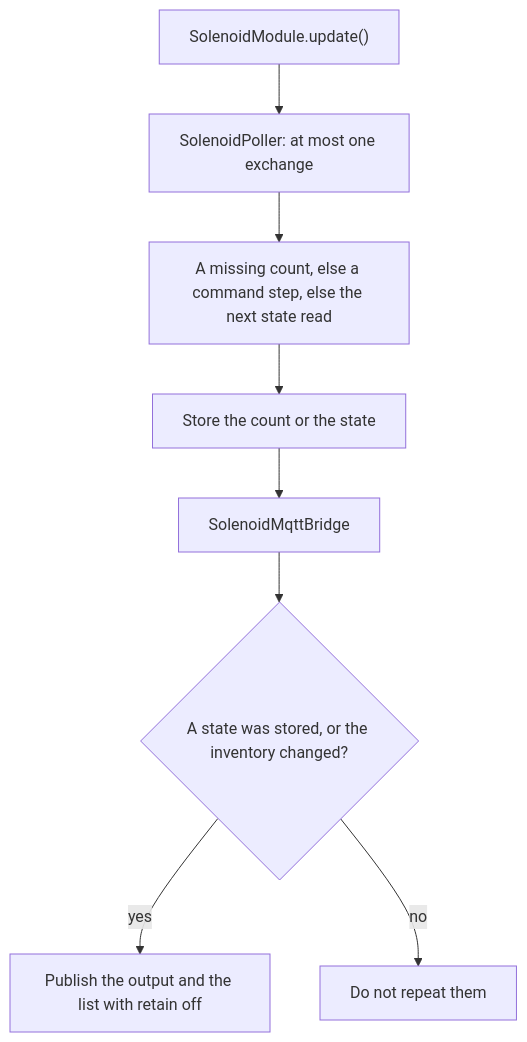
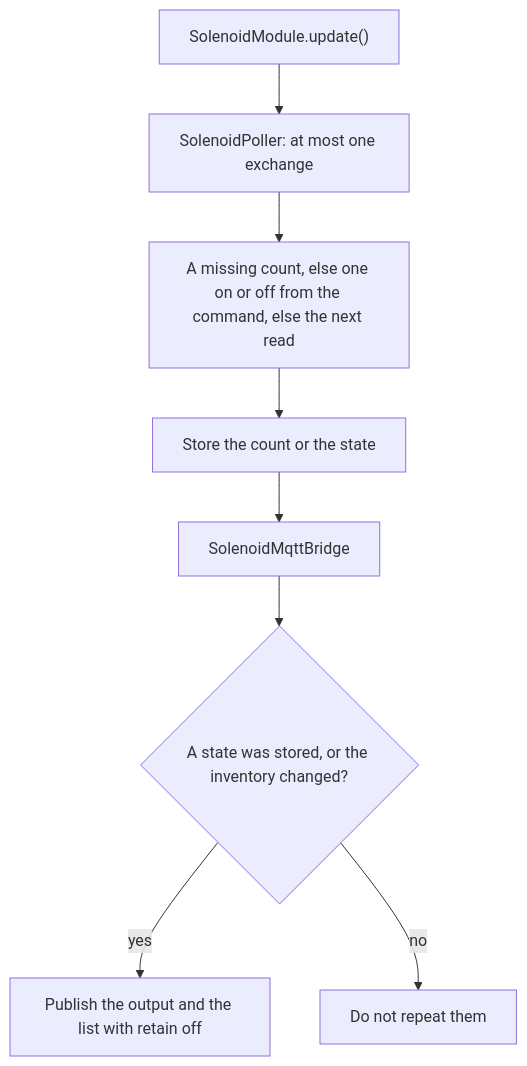
One commit to WiddleWabbit/MQTT-ModularControllerBoard changed the diagram in Firmware/docs/solenoid-module.md. Above: the diagram before and after it, drawn with Mermaid. The commit also changed other lines of this file and 8 other files, not shown here.

````diff
--- a/Firmware/docs/solenoid-module.md
+++ b/Firmware/docs/solenoid-module.md
@@ -28,10 +28,10 @@
 ```mermaid
 flowchart TD
   upd["SolenoidModule.update()"] --> poll["SolenoidPoller: at most one exchange"]
-  poll --> order["A missing count, else a command step, else the next state read"]
+  poll --> order["A missing count, else one on or off from the command, else the next read"]
   order --> mem["Store the count or the state"]
   mem --> bridge["SolenoidMqttBridge"]
   bridge --> pub{"A state was stored, or the inventory changed?"}
   pub -->|yes| mqtt["Publish the output and the list with retain off"]
   pub -->|no| quiet["Do not repeat them"]
 ```
````
